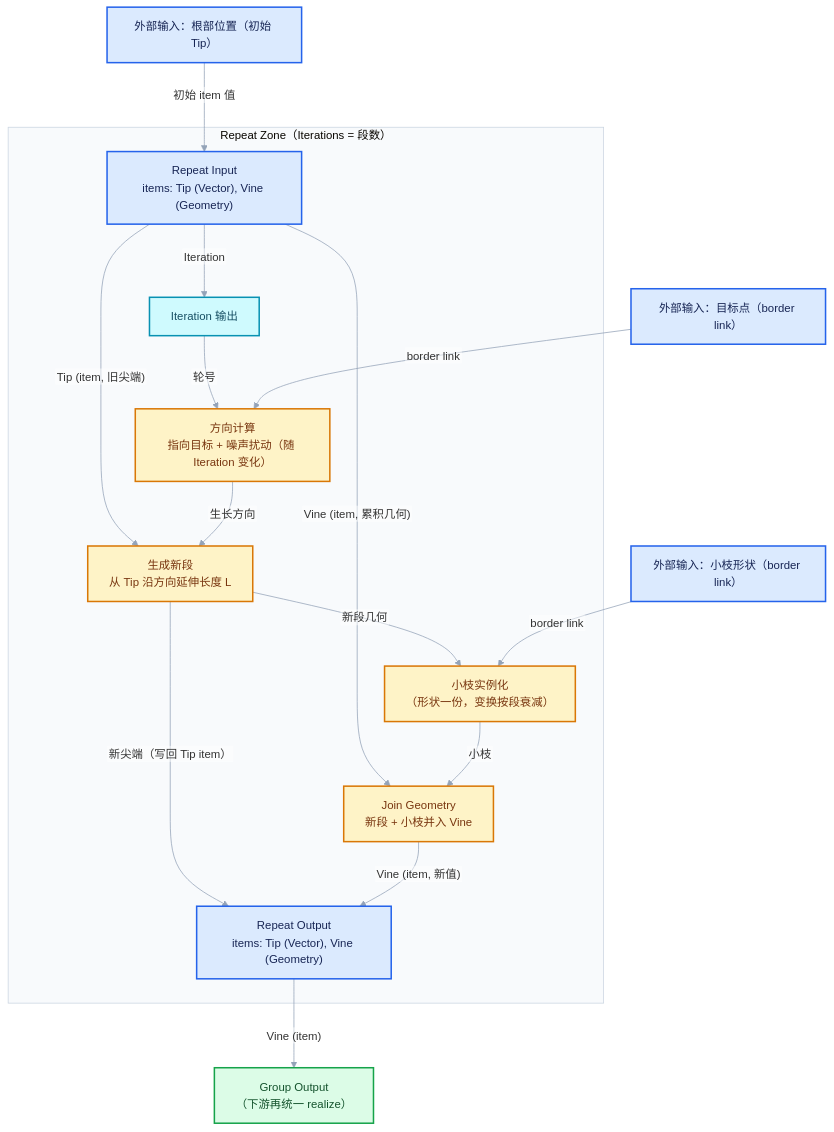
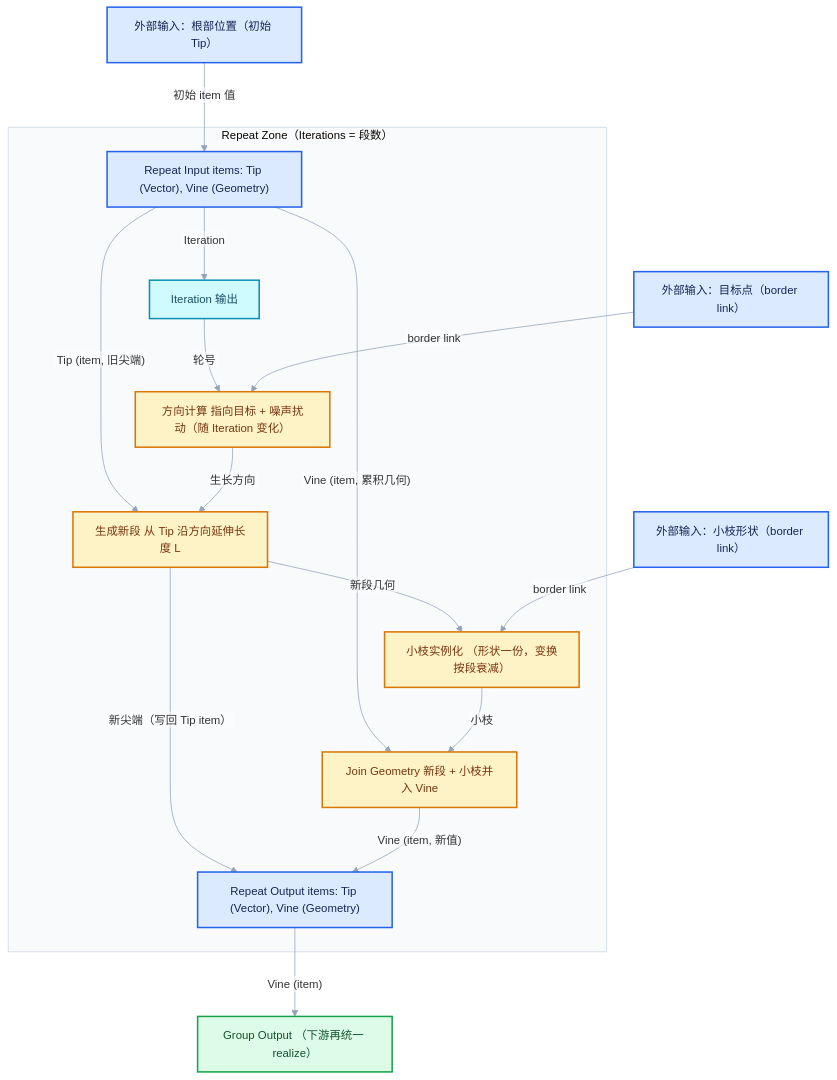
Diagram 16 of 16 in 杂/markdown/重复区域-dsh/06-实战与性能/01-使用模式与迭代设计.md (yunkezengren/blender-.vscode), drawn with Mermaid before and after one commit. The commit also changed other lines of this file and 27 other files, not shown here.

````diff
--- a/杂/markdown/重复区域-dsh/06-实战与性能/01-使用模式与迭代设计.md
+++ b/杂/markdown/重复区域-dsh/06-实战与性能/01-使用模式与迭代设计.md
@@ -1031,36 +991,36 @@
 ```mermaid
 %%{init: {"theme":"base","themeVariables":{"fontFamily":"\"Segoe UI\",\"Microsoft YaHei\",sans-serif","fontSize":"15px","lineColor":"#94A3B8","edgeLabelBackground":"#FFFFFF","clusterBkg":"#F8FAFC","clusterBorder":"#CBD5E1"},"flowchart":{"htmlLabels":false,"curve":"basis","nodeSpacing":52,"rankSpacing":64,"padding":14,"diagramPadding":16,"useMaxWidth":true},"sequence":{"useMaxWidth":true,"wrap":true,"mirrorActors":false,"messageMargin":36}}}%%
 flowchart TB
     subgraph ZONE["Repeat Zone（Iterations = 段数）"]
-        RI["Repeat Input<br/>items: Tip (Vector), Vine (Geometry)"]:::input
-        RO["Repeat Output<br/>items: Tip (Vector), Vine (Geometry)"]:::input
+        RI["Repeat Input items: Tip (Vector), Vine (Geometry)"]:::input
+        RO["Repeat Output items: Tip (Vector), Vine (Geometry)"]:::input
         ITER["Iteration 输出"]:::data
-        DIR["方向计算<br/>指向目标 + 噪声扰动（随 Iteration 变化）"]:::compute
-        SEG["生成新段<br/>从 Tip 沿方向延伸长度 L"]:::compute
-        LEAF["小枝实例化<br/>（形状一份，变换按段衰减）"]:::compute
-        JOIN["Join Geometry<br/>新段 + 小枝并入 Vine"]:::compute
+        DIR["方向计算 指向目标 + 噪声扰动（随 Iteration 变化）"]:::compute
+        SEG["生成新段 从 Tip 沿方向延伸长度 L"]:::compute
+        LEAF["小枝实例化 （形状一份，变换按段衰减）"]:::compute
+        JOIN["Join Geometry 新段 + 小枝并入 Vine"]:::compute
         RI -- "Tip (item, 旧尖端)" --> SEG
         RI -- "Vine (item, 累积几何)" --> JOIN
         RI -- "Iteration" --> ITER
         ITER -- "轮号" --> DIR
         DIR -- "生长方向" --> SEG
         SEG -- "新尖端（写回 Tip item）" --> RO
         SEG -- "新段几何" --> LEAF
         LEAF -- "小枝" --> JOIN
         JOIN -- "Vine (item, 新值)" --> RO
     end
     ROOT["外部输入：根部位置（初始 Tip）"]:::input
     TARGET["外部输入：目标点（border link）"]:::input
     SHAPE["外部输入：小枝形状（border link）"]:::input
     ROOT -- "初始 item 值" --> RI
     TARGET -- "border link" --> DIR
     SHAPE -- "border link" --> LEAF
-    RO -- "Vine (item)" --> OUT["Group Output<br/>（下游再统一 realize）"]:::result
+    RO -- "Vine (item)" --> OUT["Group Output （下游再统一 realize）"]:::result
 
     classDef input fill:#DBEAFE,stroke:#2563EB,color:#172554,stroke-width:2px;
     classDef data fill:#CFFAFE,stroke:#0891B2,color:#164E63,stroke-width:2px;
     classDef abstraction fill:#EDE9FE,stroke:#7C3AED,color:#3B0764,stroke-width:2px;
     classDef compute fill:#FEF3C7,stroke:#D97706,color:#78350F,stroke-width:2px;
     classDef result fill:#DCFCE7,stroke:#16A34A,color:#14532D,stroke-width:2px;
     classDef error fill:#FEE2E2,stroke:#DC2626,color:#7F1D1D,stroke-width:2px;
 ```
````
